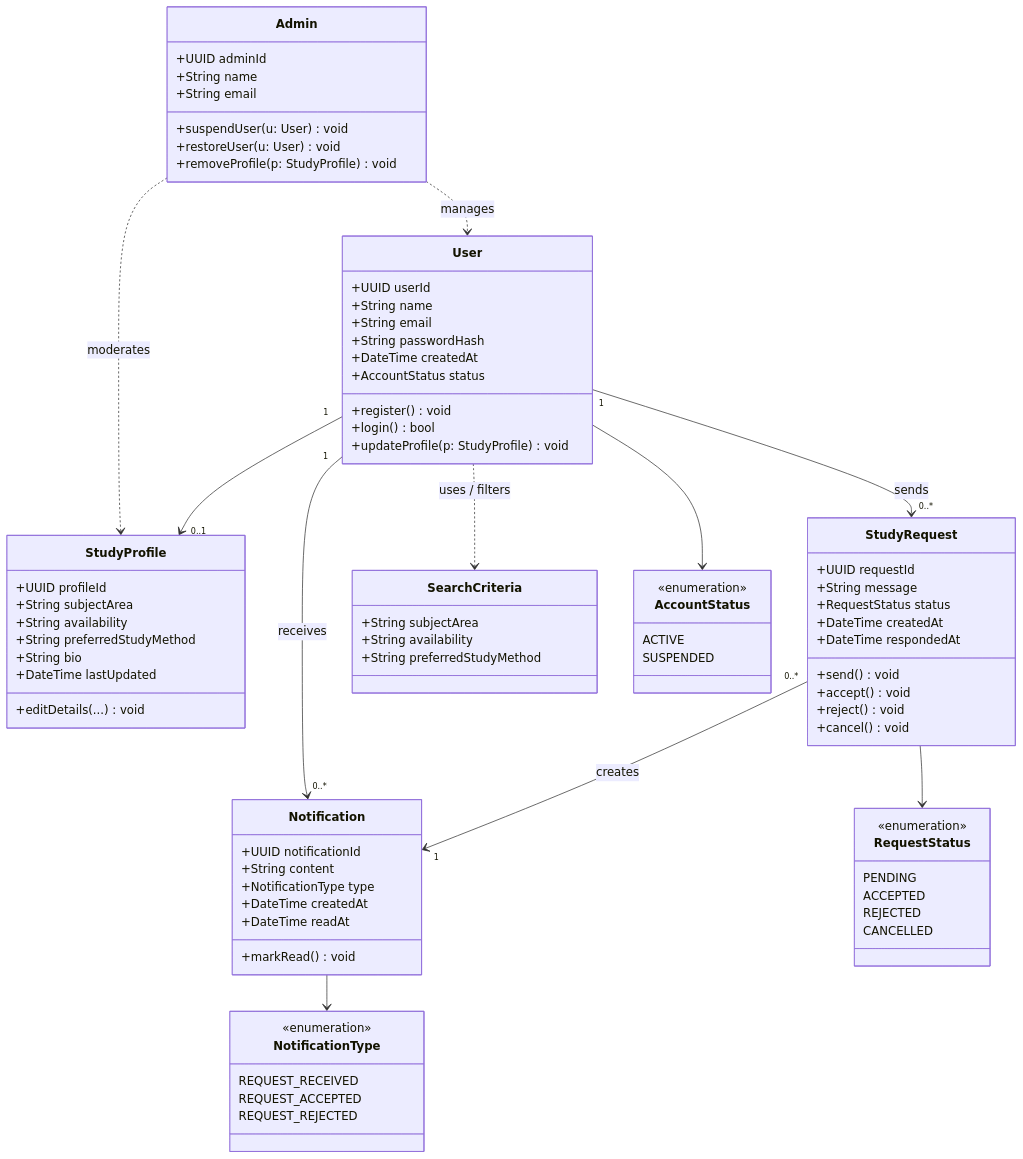
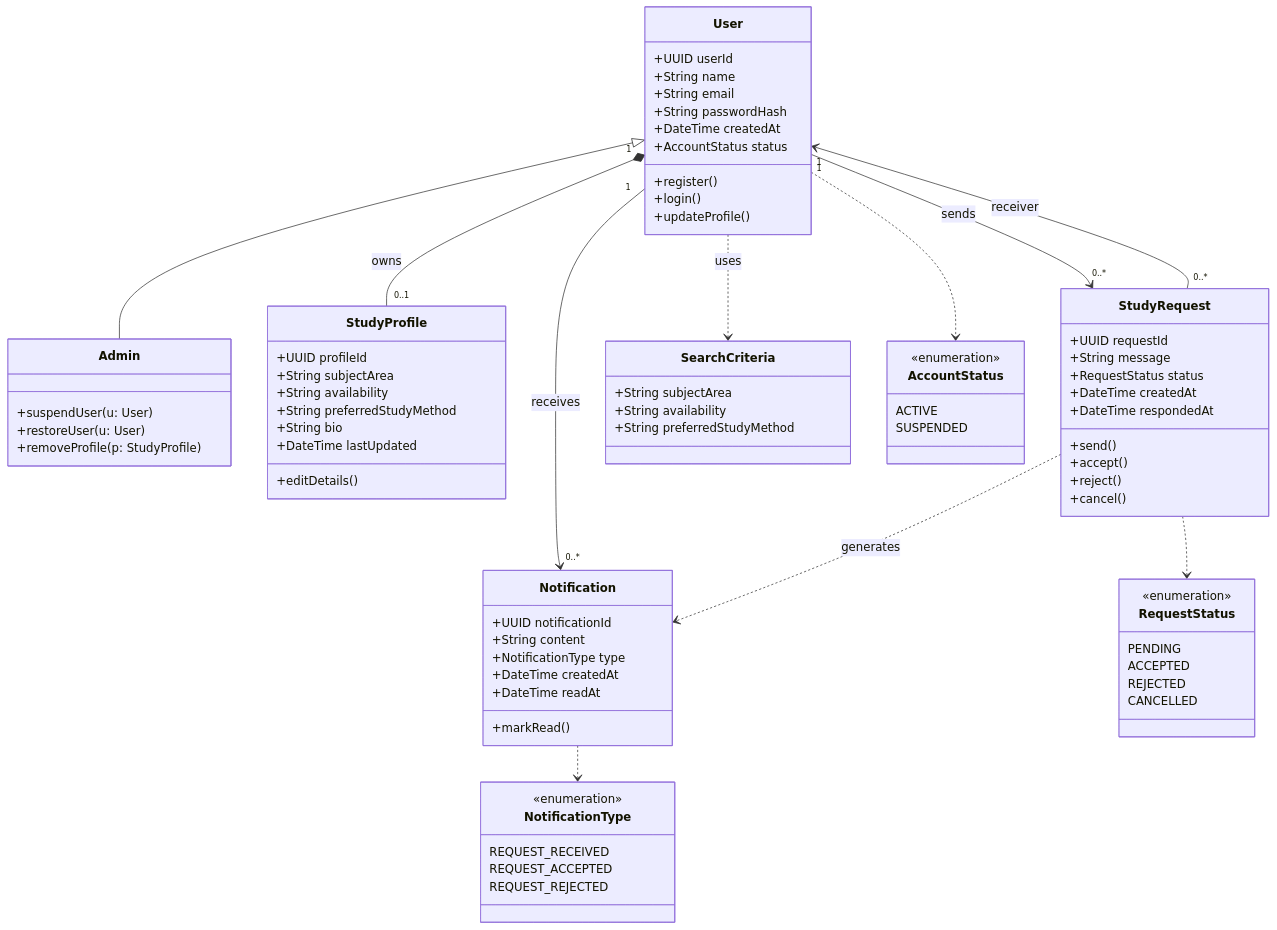
The diagram in design/diagrams/classDiagram.md (Z23599848/SoftwareEngineering), drawn with Mermaid before and after one commit. The commit also changed other lines of this file, not shown here.

Commit message:
Added final academic class diagram (Mermaid UML)

````diff
--- a/design/diagrams/classDiagram.md
+++ b/design/diagrams/classDiagram.md
@@ -3,14 +3,9 @@
 ```mermaid
 classDiagram
 
-class Admin {
-  +UUID adminId
-  +String name
-  +String email
-  +suspendUser(u: User) void
-  +restoreUser(u: User) void
-  +removeProfile(p: StudyProfile) void
-}
+%% ========================
+%% Core Domain Classes
+%% ========================
 
 class User {
   +UUID userId
@@ -19,9 +14,15 @@
   +String passwordHash
   +DateTime createdAt
   +AccountStatus status
-  +register() void
-  +login() bool
-  +updateProfile(p: StudyProfile) void
+  +register()
+  +login()
+  +updateProfile()
+}
+
+class Admin {
+  +suspendUser(u: User)
+  +restoreUser(u: User)
+  +removeProfile(p: StudyProfile)
 }
 
 class StudyProfile {
@@ -31,7 +32,7 @@
   +String preferredStudyMethod
   +String bio
   +DateTime lastUpdated
-  +editDetails(...) void
+  +editDetails()
 }
 
 class StudyRequest {
@@ -40,10 +41,10 @@
   +RequestStatus status
   +DateTime createdAt
   +DateTime respondedAt
-  +send() void
-  +accept() void
-  +reject() void
-  +cancel() void
+  +send()
+  +accept()
+  +reject()
+  +cancel()
 }
 
 class Notification {
@@ -52,7 +53,7 @@
   +NotificationType type
   +DateTime createdAt
   +DateTime readAt
-  +markRead() void
+  +markRead()
 }
 
 class SearchCriteria {
@@ -61,12 +62,9 @@
   +String preferredStudyMethod
 }
 
-class NotificationType {
-  <<enumeration>>
-  REQUEST_RECEIVED
-  REQUEST_ACCEPTED
-  REQUEST_REJECTED
-}
+%% ========================
+%% Enumerations
+%% ========================
 
 class RequestStatus {
   <<enumeration>>
@@ -82,18 +80,30 @@
   SUSPENDED
 }
 
-Admin ..> User : manages
-Admin ..> StudyProfile : moderates
+class NotificationType {
+  <<enumeration>>
+  REQUEST_RECEIVED
+  REQUEST_ACCEPTED
+  REQUEST_REJECTED
+}
 
-User "1" --> "0..1" StudyProfile
+%% ========================
+%% Relationships
+%% ========================
+
+User <|-- Admin
+
+User "1" *-- "0..1" StudyProfile : owns
+
 User "1" --> "0..*" StudyRequest : sends
-StudyRequest --> RequestStatus
+StudyRequest "0..*" --> "1" User : receiver
+
 User "1" --> "0..*" Notification : receives
-StudyRequest "0..*" --> "1" Notification : creates
 
-User ..> SearchCriteria : uses / filters
+StudyRequest ..> Notification : generates
+User ..> SearchCriteria : uses
 
-User --> AccountStatus
-Notification --> NotificationType
-
+User ..> AccountStatus
+StudyRequest ..> RequestStatus
+Notification ..> NotificationType
 ```
````
